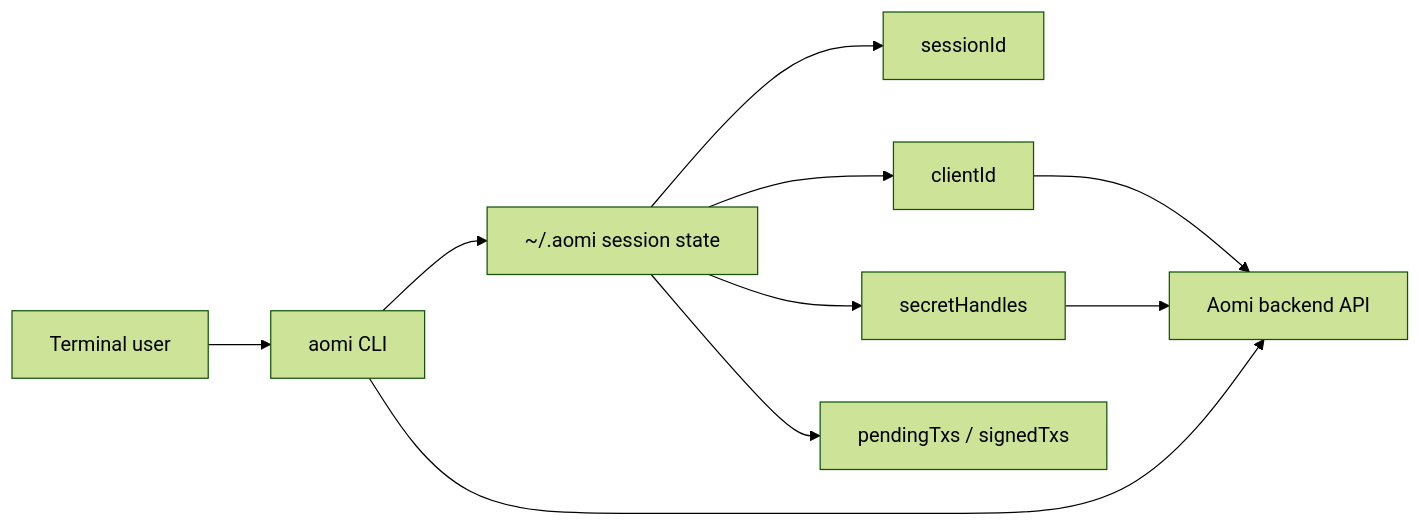
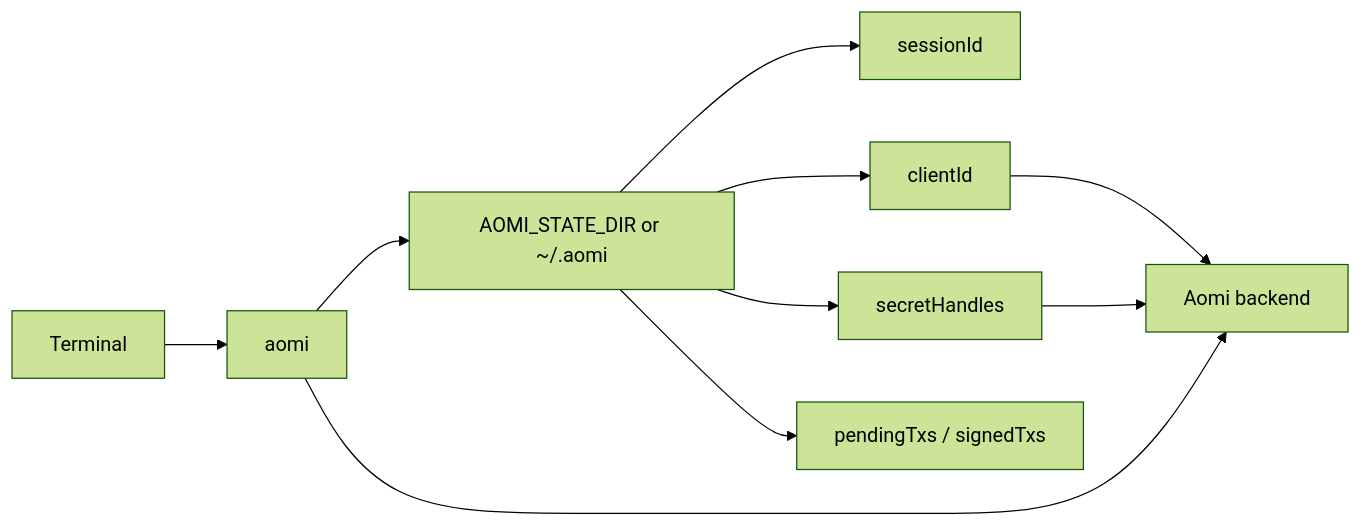
Before and after one commit to aomi-labs/docs: the second of 2 diagrams in reference/cli.mdx, drawn with Mermaid (forest theme). The commit also changed other lines of this file and 8 other files, not shown here.

````diff
--- a/reference/cli.mdx
+++ b/reference/cli.mdx
@@ -168,12 +386,12 @@
 ```mermaid
 flowchart LR
-    USER["Terminal user"] --> CLI["aomi CLI"]
-    CLI --> STATE["~/.aomi session state"]
-    CLI --> API["Aomi backend API"]
+    USER["Terminal"] --> CLI["aomi"]
+    CLI --> STATE["AOMI_STATE_DIR or ~/.aomi"]
+    CLI --> API["Aomi backend"]
     STATE --> SID["sessionId"]
     STATE --> CID["clientId"]
     STATE --> SH["secretHandles"]
     STATE --> TXS["pendingTxs / signedTxs"]
     CID --> API
     SH --> API
 ```
````
